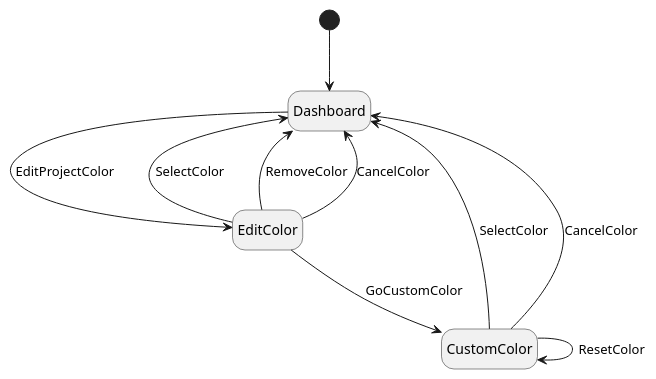
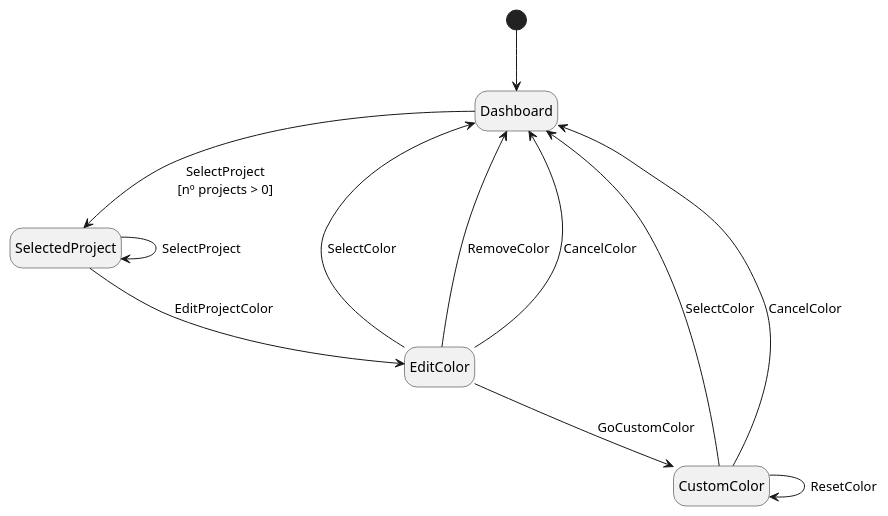
One commit to JoaoCostaIFG/tvvs changed the diagram in assignments/4_model_based_testing/state_machines/state_machine_3.puml. Above: the diagram before and after it, drawn with PlantUML. The commit also changed 3 other files, not shown here.

```diff
--- a/assignments/4_model_based_testing/state_machines/state_machine_3.puml
+++ b/assignments/4_model_based_testing/state_machines/state_machine_3.puml
@@ -1,16 +1,19 @@
 @startuml
 hide empty description
 
 [*] -d-> Dashboard
 
-Dashboard --> EditColor : EditProjectColor
+Dashboard --> SelectedProject : SelectProject\n[nº projects > 0]
+
+SelectedProject --> SelectedProject : SelectProject
+SelectedProject --> EditColor : EditProjectColor
 
 EditColor --> Dashboard : SelectColor
 EditColor --> Dashboard : RemoveColor
 EditColor --> Dashboard : CancelColor
 EditColor --> CustomColor : GoCustomColor
 
 CustomColor --> Dashboard : SelectColor
 CustomColor --> Dashboard : CancelColor
 CustomColor --> CustomColor : ResetColor
 @enduml
```
